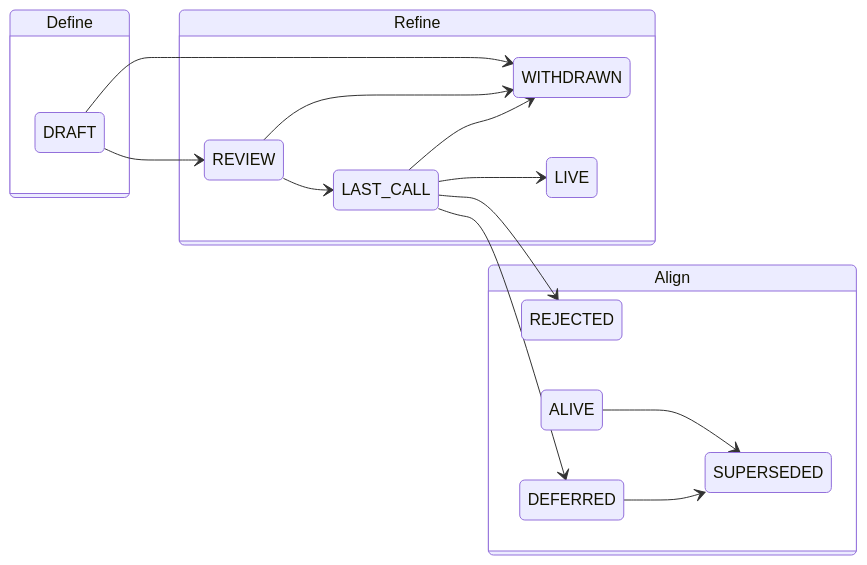
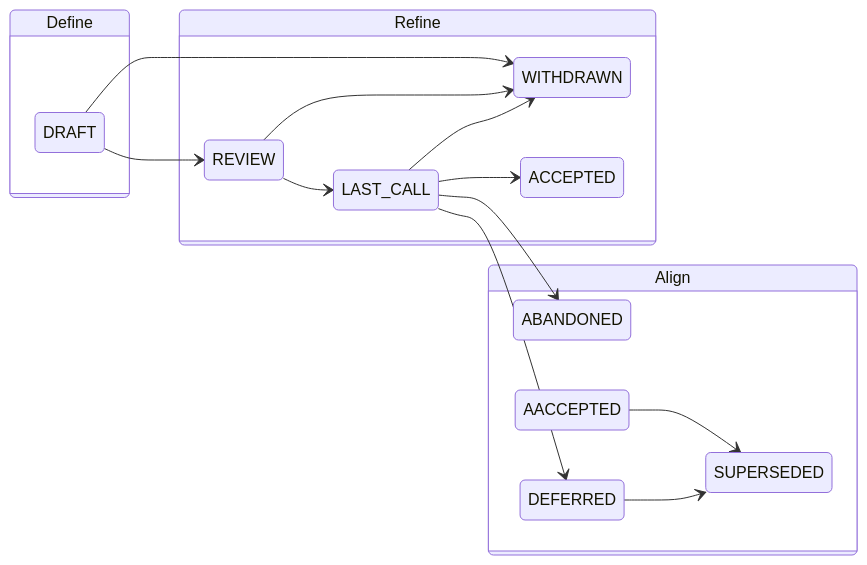
One commit to holochain/HOW changed the diagram in HOW/social/process/how/how-v1.md. Above: the diagram before and after it, drawn with Mermaid. The commit also changed other lines of this file and 2 other files, not shown here.

````diff
--- a/HOW/social/process/how/how-v1.md
+++ b/HOW/social/process/how/how-v1.md
@@ -94,31 +94,31 @@
 ```mermaid
 stateDiagram
    direction LR
 
     state Define {
         DRAFT
         DRAFT --> WITHDRAWN
         DRAFT --> REVIEW
         WITHDRAWN
     }
 
     state Refine {
         REVIEW
         REVIEW --> LAST_CALL
         REVIEW --> WITHDRAWN
         LAST_CALL
-        LAST_CALL --> REJECTED
-        LAST_CALL --> LIVE
+        LAST_CALL --> ABANDONED
+        LAST_CALL --> ACCEPTED
         LAST_CALL --> DEFERRED
         LAST_CALL --> WITHDRAWN
     }
 
     state Align {
-        REJECTED
-        ALIVE
-        ALIVE --> SUPERSEDED
+        ABANDONED
+        AACCEPTED
+        AACCEPTED --> SUPERSEDED
         DEFERRED
         DEFERRED --> SUPERSEDED
         SUPERSEDED
     }
 ```
````
